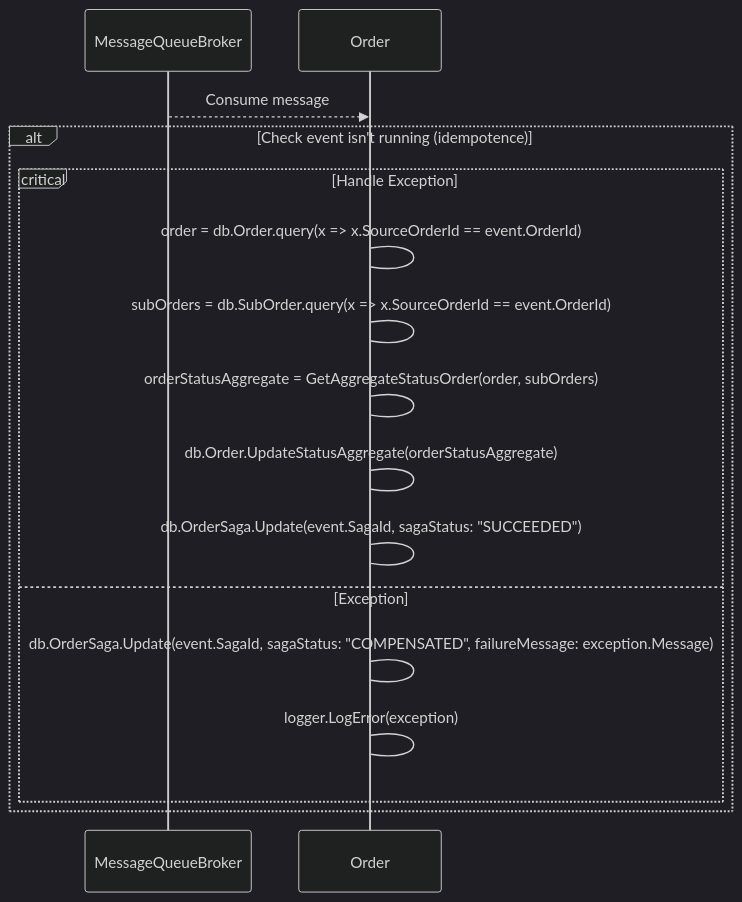
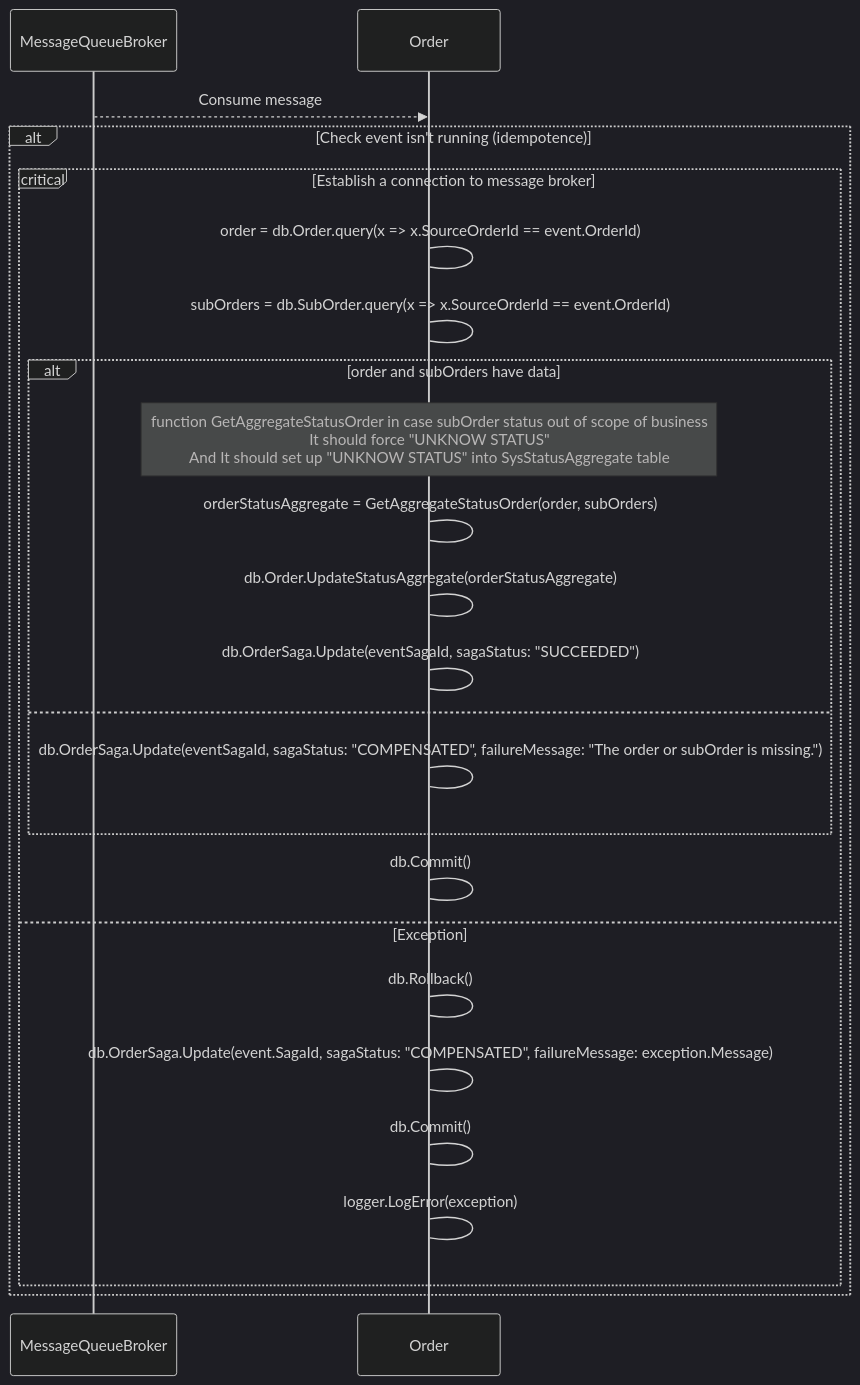
Before and after one commit to rosered11/org_document: the diagram in SPC/Order/OrderStatus/step-3-sequence-consume-process.md, drawn with Mermaid (dark theme). The commit also changed 3 other files, not shown here.

Commit message:
update order status

````diff
--- a/SPC/Order/OrderStatus/step-3-sequence-consume-process.md
+++ b/SPC/Order/OrderStatus/step-3-sequence-consume-process.md
@@ -1,18 +1,26 @@
 ```mermaid
 sequenceDiagram
     participant MessageQueueBroker
     participant Order
     MessageQueueBroker-->>Order: Consume message
     alt Check event isn't running (idempotence)
-        critical Handle Exception
+        critical Establish a connection to message broker
             Order->Order: order = db.Order.query(x => x.SourceOrderId == event.OrderId)
             Order->Order: subOrders = db.SubOrder.query(x => x.SourceOrderId == event.OrderId)
-            Order->Order: orderStatusAggregate = GetAggregateStatusOrder(order, subOrders)
-            Order->Order: db.Order.UpdateStatusAggregate(orderStatusAggregate)
-                Order->Order: db.OrderSaga.Update(event.SagaId, sagaStatus: "SUCCEEDED")
+            alt order and subOrders have data
+                Note over Order: function GetAggregateStatusOrder in case subOrder status out of scope of business<br/>It should force "UNKNOW STATUS"<br/>And It should set up "UNKNOW STATUS" into SysStatusAggregate table
+                Order->Order: orderStatusAggregate = GetAggregateStatusOrder(order, subOrders)
+                Order->Order: db.Order.UpdateStatusAggregate(orderStatusAggregate)
+                Order->Order: db.OrderSaga.Update(eventSagaId, sagaStatus: "SUCCEEDED")
+            else
+                Order->Order: db.OrderSaga.Update(eventSagaId, sagaStatus: "COMPENSATED", failureMessage: "The order or subOrder is missing.")
+            end
+            Order->Order: db.Commit()
         option Exception
+            Order->Order: db.Rollback()
             Order->Order: db.OrderSaga.Update(event.SagaId, sagaStatus: "COMPENSATED", failureMessage: exception.Message)
+            Order->Order: db.Commit()
             Order->Order: logger.LogError(exception)
         end
     end
 ```
````
